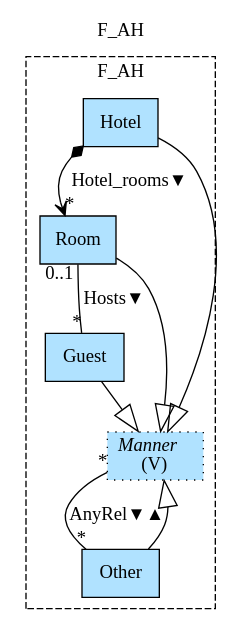
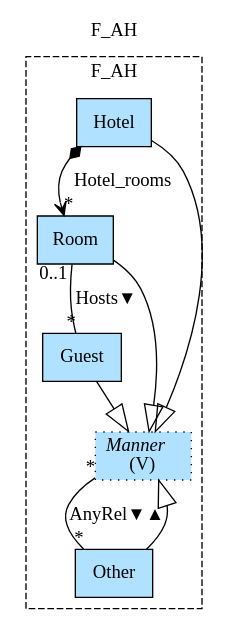
Before and after one commit to namalio/Fragmenta: the diagram in Haskell/FragmentaTests/PetsWorld/img/F_AH.gv, drawn with Graphviz. The commit also changed 39 other files, not shown here.

```diff
--- a/Haskell/FragmentaTests/PetsWorld/img/F_AH.gv
+++ b/Haskell/FragmentaTests/PetsWorld/img/F_AH.gv
@@ -1,18 +1,18 @@
 digraph {graph[label=F_AH,labelloc=tl,labelfontsize=12];
 subgraph cluster_F_AH{style=dashed;label=F_AH;
 "Room"[shape=record,fillcolor=lightskyblue1,style = filled,label="Room"];
 "Hotel"[shape=record,fillcolor=lightskyblue1,style = filled,label="Hotel"];
 "Guest"[shape=record,fillcolor=lightskyblue1,style = filled,label="Guest"];
 "Other"[shape=record,fillcolor=lightskyblue1,style = filled,label="Other"];
 "Manner"[shape=record,fillcolor=lightskyblue1,style ="filled,dotted",label=<{<I>Manner</I><br/>(V)}>];
 
 "Room"->"Guest"[label="Hosts▼",dir=none,taillabel="0..1",headlabel="*"];
-"Hotel"->"Room"[label="Hotel_rooms▼",arrowhead=vee,arrowtail=diamond,dir=both,headlabel="*"];
+"Hotel"->"Room"[label="Hotel_rooms",arrowhead=vee,arrowtail=diamond,dir=both,headlabel="*"];
 "Manner"->"Other"[label="AnyRel▼▲",dir=none,taillabel="*",headlabel="*"];
 "Room"->"Manner"[arrowhead=onormal,arrowsize=2.0];
 "Hotel"->"Manner"[arrowhead=onormal,arrowsize=2.0];
 "Guest"->"Manner"[arrowhead=onormal,arrowsize=2.0];
 "Other"->"Manner"[arrowhead=onormal,arrowsize=2.0];
 
 }
 }
```
